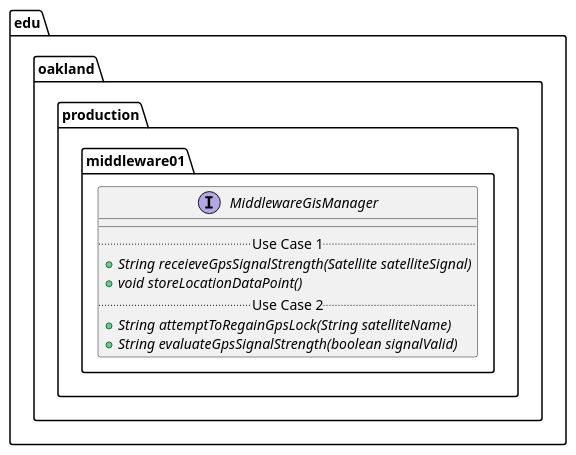
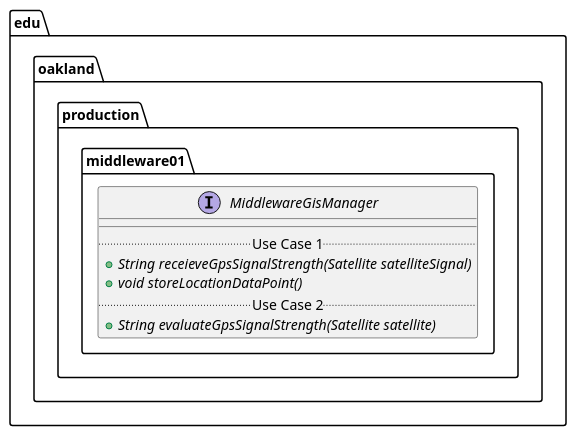
Before and after one commit to andrewdimmer/csi-3370-software-project: the diagram in docs/uml-class-diagrams/middleware01/production/MiddlewareGisManager/MiddlewareGisManager.puml, drawn with PlantUML. The commit also changed 69 other files, not shown here.

```diff
--- a/docs/uml-class-diagrams/middleware01/production/MiddlewareGisManager/MiddlewareGisManager.puml
+++ b/docs/uml-class-diagrams/middleware01/production/MiddlewareGisManager/MiddlewareGisManager.puml
@@ -1,19 +1,18 @@
 @startuml MiddlewareGisManager
 
 package edu.oakland.production.middleware01 {
     interface MiddlewareGisManager {
         __
         .. Use Case 1 ..
         {abstract} + String receieveGpsSignalStrength(Satellite satelliteSignal)
         ' Middleware 2 is running evalutaiton concurrently?
         {abstract} + void storeLocationDataPoint()
         ' Called by Middleware 2 in between the 2 "yes" branches
         .. Use Case 2 ..
-        {abstract} + String attemptToRegainGpsLock(String satelliteName)
-        {abstract} + String evaluateGpsSignalStrength(boolean signalValid)
+        {abstract} + String evaluateGpsSignalStrength(Satellite satellite)
         ' Can we print from evaluate? If not, need a way to surface mode
         ' Get mode methods
     }
 }
 
 @enduml
```
